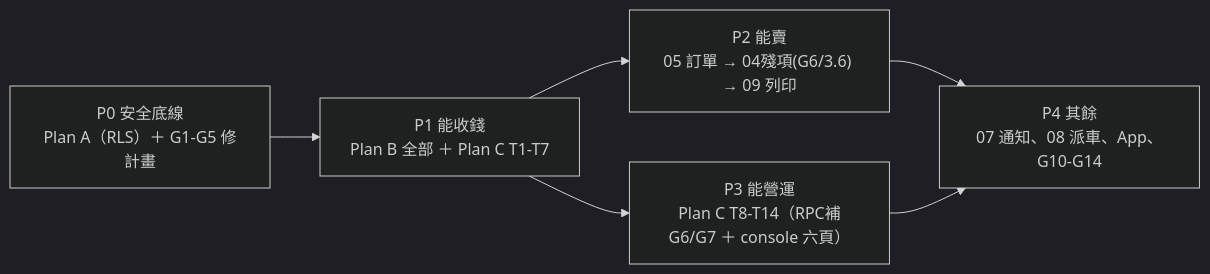
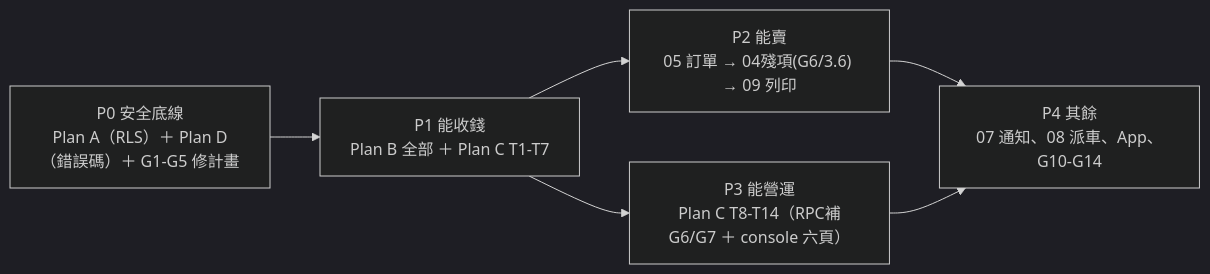
One commit to sw-ssd/sales-order-dispatch changed the diagram in docs/superpowers/plans/2026-09-20-implementation-order.md. Above: the diagram before and after it, drawn with Mermaid (dark theme). The commit also changed other lines of this file and 2 other files, not shown here.

First line of the commit message:
docs(plan): 企業級錯誤碼系統實作計畫（7 tasks）並排入 P0-5

````diff
--- a/docs/superpowers/plans/2026-09-20-implementation-order.md
+++ b/docs/superpowers/plans/2026-09-20-implementation-order.md
@@ -44,8 +44,8 @@
 ```mermaid
 flowchart LR
-    P0["P0 安全底線<br/>Plan A（RLS）＋ G1-G5 修計畫"] --> P1["P1 能收錢<br/>Plan B 全部 ＋ Plan C T1-T7"]
+    P0["P0 安全底線<br/>Plan A（RLS）＋ Plan D（錯誤碼）＋ G1-G5 修計畫"] --> P1["P1 能收錢<br/>Plan B 全部 ＋ Plan C T1-T7"]
     P1 --> P2["P2 能賣<br/>05 訂單 → 04殘項(G6/3.6) → 09 列印"]
     P1 --> P3["P3 能營運<br/>Plan C T8-T14（RPC補G6/G7 ＋ console 六頁）"]
     P2 --> P4["P4 其餘<br/>07 通知、08 派車、App、G10-G14"]
     P3 --> P4
 ```
````
